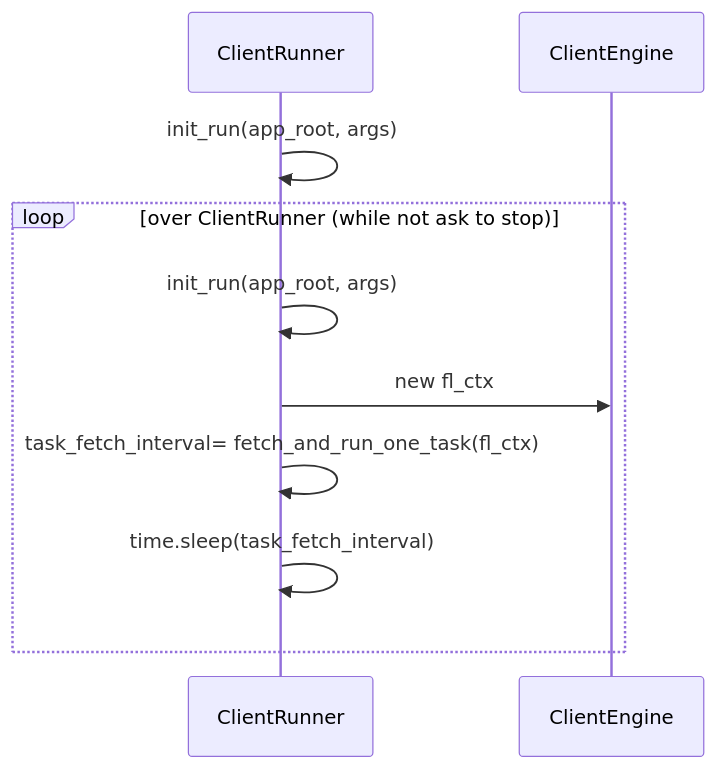
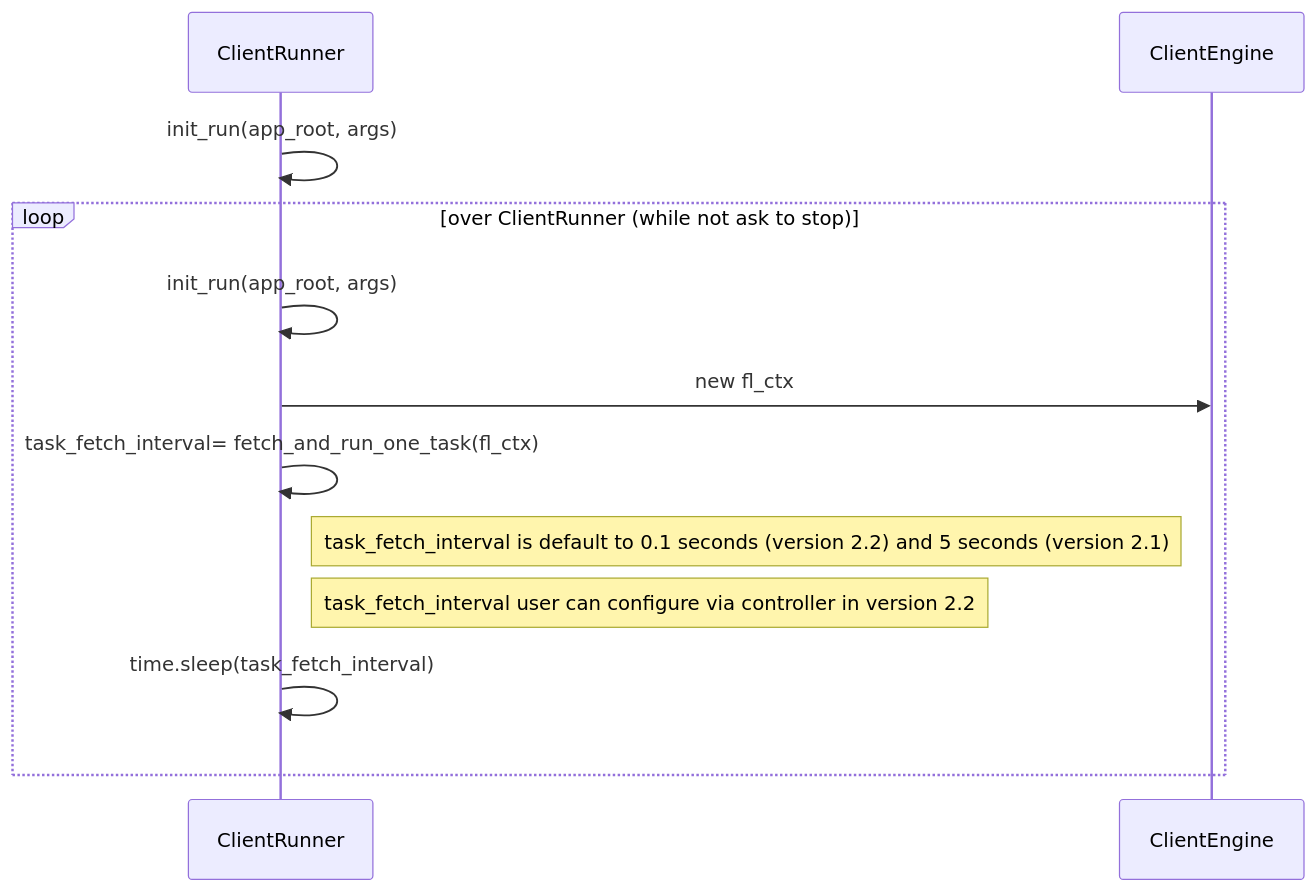
Diagram 13 of 15 in docs/system_state_and_flow/system_workflow.md (hitesh-ag1/NVFlare), drawn with Mermaid before and after one commit.

Commit message:
Complete the job process sequence diagram

````diff
--- a/docs/system_state_and_flow/system_workflow.md
+++ b/docs/system_state_and_flow/system_workflow.md
@@ -357,12 +357,14 @@
 ```mermaid
 sequenceDiagram
     participant ClientRunner
         ClientRunner  ->> ClientRunner: init_run(app_root, args)
         loop over ClientRunner (while not ask to stop)
             ClientRunner  ->> ClientRunner: init_run(app_root, args)
             ClientRunner  ->> ClientEngine: new fl_ctx
             ClientRunner  ->> ClientRunner: task_fetch_interval= fetch_and_run_one_task(fl_ctx)
+            note right of ClientRunner: task_fetch_interval is default to 0.1 seconds (version 2.2) and 5 seconds (version 2.1)
+            note right of ClientRunner: task_fetch_interval user can configure via controller in version 2.2
             ClientRunner  ->> ClientRunner: time.sleep(task_fetch_interval) 
         end
    
 ```
````
